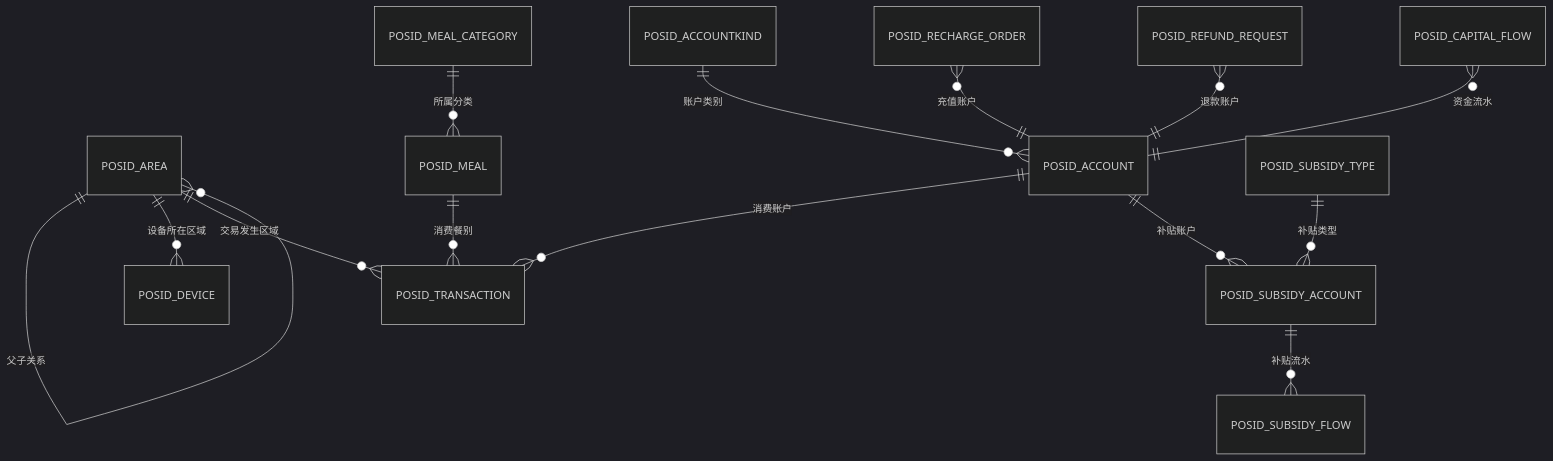
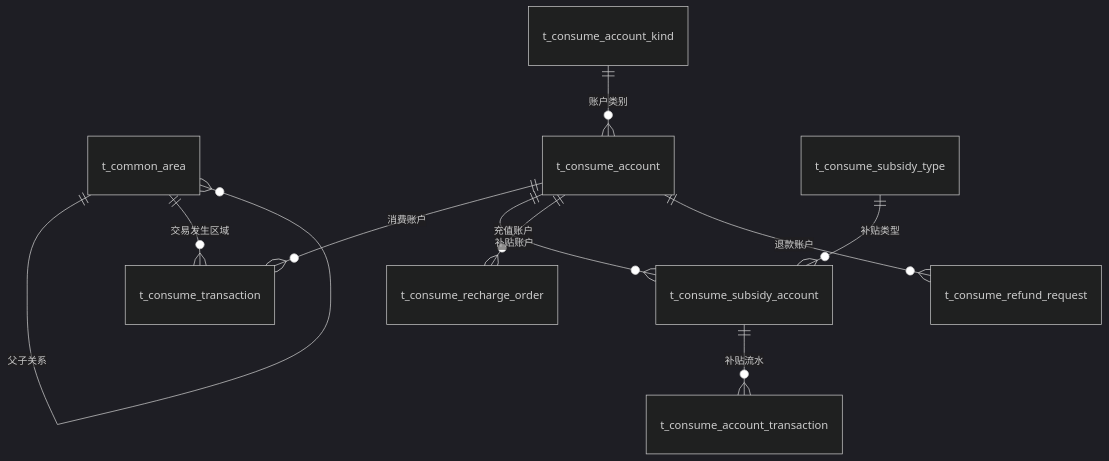
The diagram in documentation/业务模块/04-消费管理模块/03-数据库设计/README.md (wilson323/IOE-DREAMfornew), drawn with Mermaid (dark theme) before and after one commit. The commit also changed other lines of this file and 966 other files, not shown here.

````diff
--- a/documentation/业务模块/04-消费管理模块/03-数据库设计/README.md
+++ b/documentation/业务模块/04-消费管理模块/03-数据库设计/README.md
@@ -10,20 +33,15 @@
 ```mermaid
 erDiagram
-    POSID_AREA ||--o{ POSID_AREA : "父子关系"
-    POSID_AREA ||--o{ POSID_DEVICE : "设备所在区域"
-    POSID_AREA ||--o{ POSID_TRANSACTION : "交易发生区域"
-    
-    POSID_MEAL_CATEGORY ||--o{ POSID_MEAL : "所属分类"
-    POSID_MEAL ||--o{ POSID_TRANSACTION : "消费餐别"
-    
-    POSID_ACCOUNTKIND ||--o{ POSID_ACCOUNT : "账户类别"
-    POSID_ACCOUNT ||--o{ POSID_TRANSACTION : "消费账户"
-    POSID_ACCOUNT ||--o{ POSID_SUBSIDY_ACCOUNT : "补贴账户"
-    
-    POSID_RECHARGE_ORDER }o--|| POSID_ACCOUNT : "充值账户"
-    POSID_REFUND_REQUEST }o--|| POSID_ACCOUNT : "退款账户"
-    POSID_CAPITAL_FLOW }o--|| POSID_ACCOUNT : "资金流水"
-    
-    POSID_SUBSIDY_TYPE ||--o{ POSID_SUBSIDY_ACCOUNT : "补贴类型"
-    POSID_SUBSIDY_ACCOUNT ||--o{ POSID_SUBSIDY_FLOW : "补贴流水"
+    t_common_area ||--o{ t_common_area : "父子关系"
+    t_common_area ||--o{ t_consume_transaction : "交易发生区域"
+
+    t_consume_account_kind ||--o{ t_consume_account : "账户类别"
+    t_consume_account ||--o{ t_consume_transaction : "消费账户"
+    t_consume_account ||--o{ t_consume_subsidy_account : "补贴账户"
+
+    t_consume_subsidy_type ||--o{ t_consume_subsidy_account : "补贴类型"
+    t_consume_subsidy_account ||--o{ t_consume_account_transaction : "补贴流水"
+
+    t_consume_account ||--o{ t_consume_recharge_order : "充值账户"
+    t_consume_account ||--o{ t_consume_refund_request : "退款账户"
 ```
````
